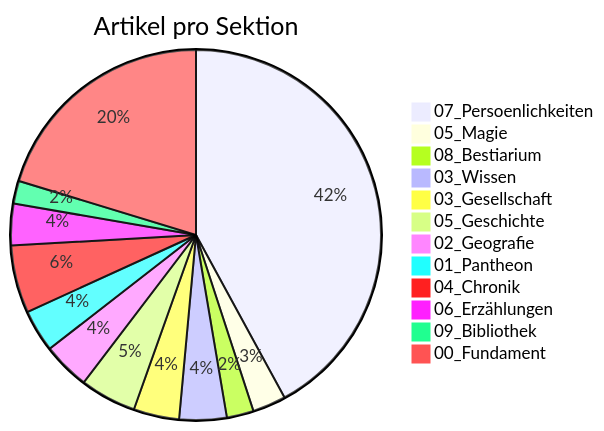
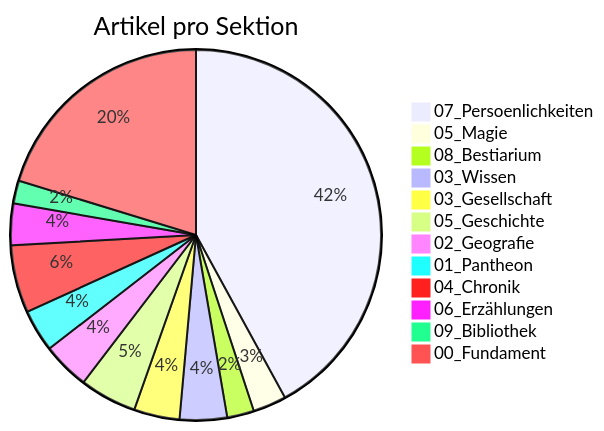
Before and after one commit to Siebenwind/7w_wiki: the diagram in docs/Siebenwind_Wiki/10_Archiv/Wiki_Statistiken.md, drawn with Mermaid. The commit also changed other lines of this file and 57 other files, not shown here.

````diff
--- a/docs/Siebenwind_Wiki/10_Archiv/Wiki_Statistiken.md
+++ b/docs/Siebenwind_Wiki/10_Archiv/Wiki_Statistiken.md
@@ -39,15 +39,15 @@
 ```mermaid
 pie title Artikel pro Sektion
     "07_Persoenlichkeiten" : 591
     "05_Magie" : 41
     "08_Bestiarium" : 33
     "03_Wissen" : 58
     "03_Gesellschaft" : 56
-    "05_Geschichte" : 69
+    "05_Geschichte" : 70
     "02_Geografie" : 58
     "01_Pantheon" : 52
     "04_Chronik" : 83
     "06_Erzählungen" : 51
     "09_Bibliothek" : 28
     "00_Fundament" : 285
 ```
````
